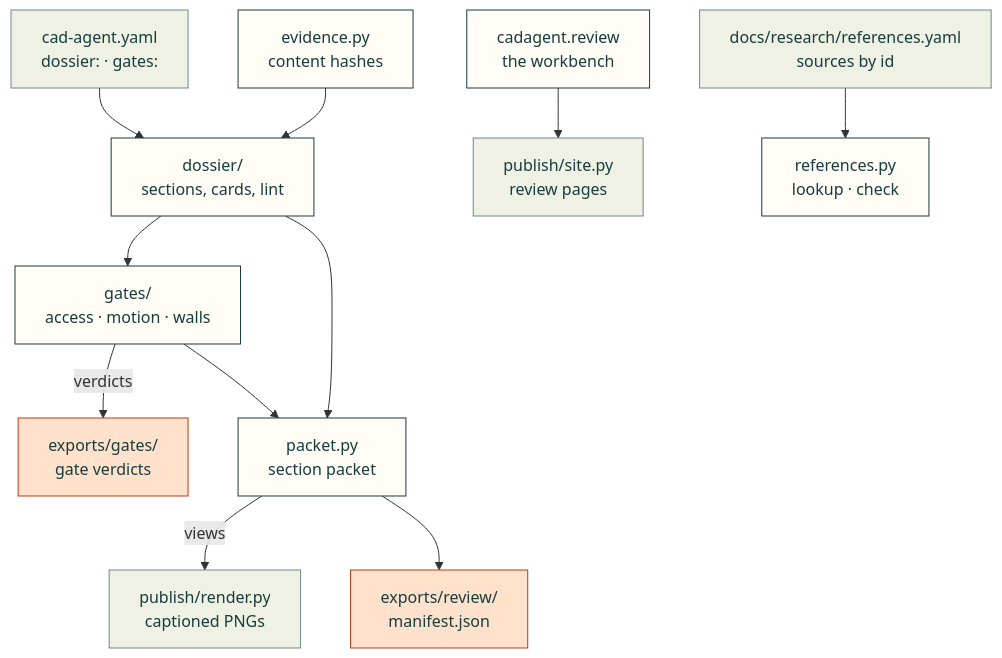
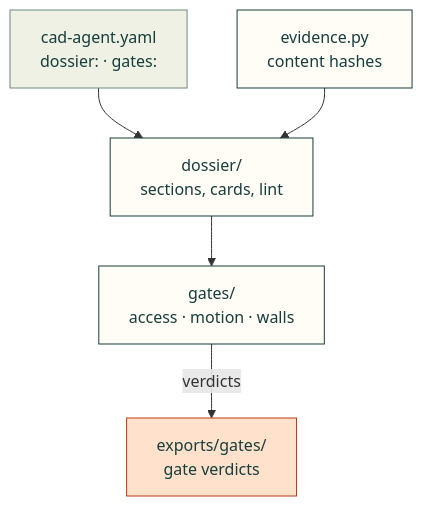
One commit to Valpatel/cad-agent changed the first of 4 diagrams in software/cadagent/review/README.md. Above: the diagram before and after it, drawn with Mermaid. The commit also changed other lines of this file and 26 other files, not shown here.

Commit message:
docs(repo): make published folder diagrams readable across screen sizes

````diff
--- a/software/cadagent/review/README.md
+++ b/software/cadagent/review/README.md
@@ -12,18 +14,18 @@
 ```mermaid
 flowchart TD
-    Y["cad-agent.yaml<br/>dossier: · gates:"] --> DS["dossier/<br/>sections, cards, lint"]
-    EV["evidence.py<br/>content hashes"] --> DS
-    W["cadagent.review<br/>the workbench"] --> ST["publish/site.py<br/>review pages"]
-    DS --> G["gates/<br/>access · motion · walls"]
-    G -->|"verdicts"| GJ["exports/gates/<br/>gate verdicts"]
-    DS & G --> PK["packet.py<br/>section packet"]
-    RY["docs/research/references.yaml<br/>sources by id"] --> RF["references.py<br/>lookup · check"]
-    PK -->|"views"| RN["publish/render.py<br/>captioned PNGs"]
-    PK --> PO["exports/review/<br/>manifest.json"]
+    Y["cad-agent.yaml<br/>dossier: · gates:"]
+    DS["dossier/<br/>sections, cards, lint"]
+    EV["evidence.py<br/>content hashes"]
+    G["gates/<br/>access · motion · walls"]
+    GJ["exports/gates/<br/>gate verdicts"]
+    Y --> DS
+    EV --> DS
+    DS --> G
+    G -->|"verdicts"| GJ
     classDef here fill:#fffdf5,stroke:#173d3c,color:#173d3c
     classDef near fill:#eef1e4,stroke:#6f8a80,color:#173d3c
     classDef out fill:#ffe1cc,stroke:#bd3a12,color:#173d3c
-    class DS,EV,W,G,PK,RF here
-    class Y,ST,RN,RY near
-    class GJ,PO out
+    class DS,EV,G here
+    class Y near
+    class GJ out
 ```
````
